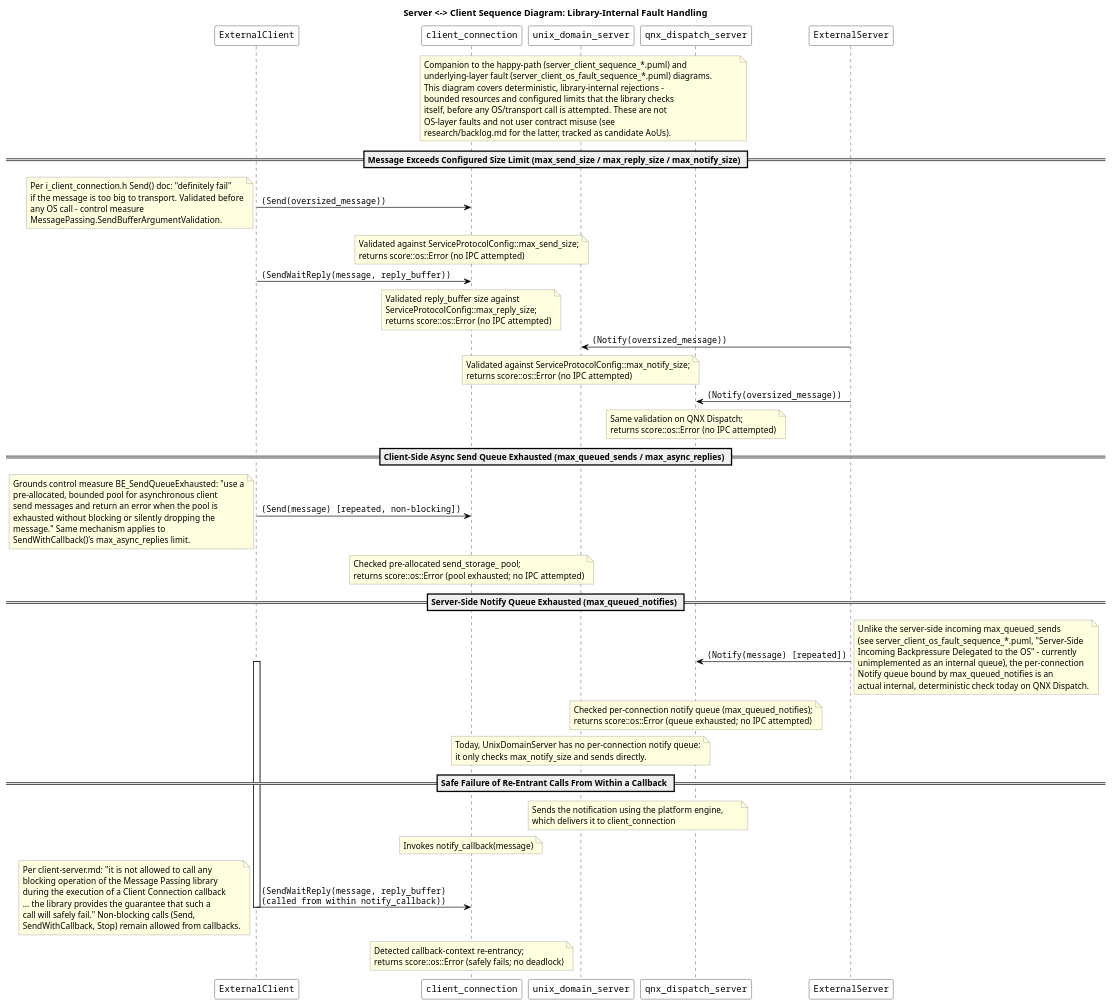
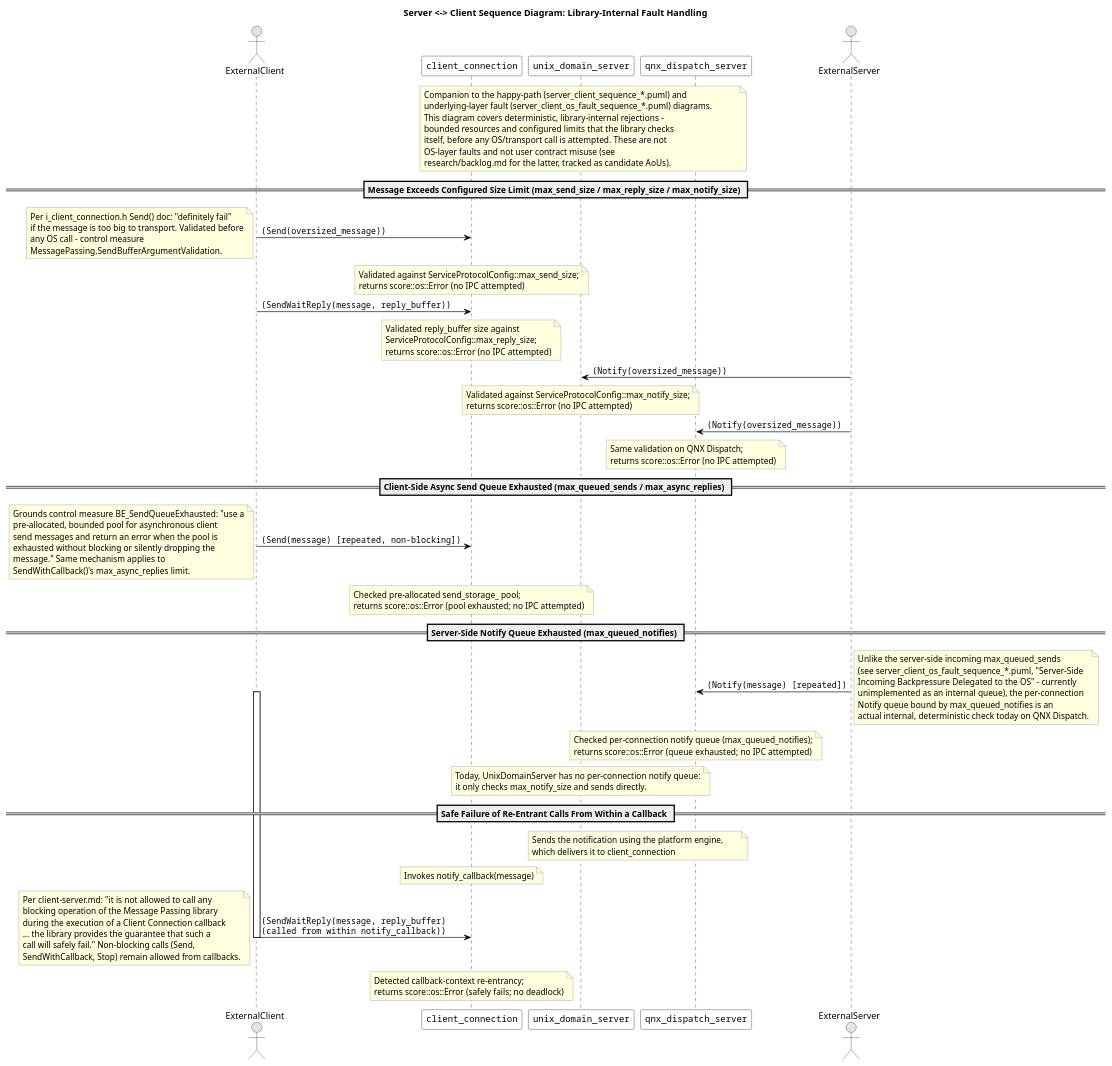
The diagram in score/message_passing/dependability/software_architectural_design/server_client_internal_fault_sequence.puml (eclipse-score/communication), drawn with PlantUML before and after one commit. The commit also changed 6 other files, not shown here.

Commit message:
message_passing: update sequence diagrams in preparation to tooling update

```diff
--- a/score/message_passing/dependability/software_architectural_design/server_client_internal_fault_sequence.puml
+++ b/score/message_passing/dependability/software_architectural_design/server_client_internal_fault_sequence.puml
@@ -14,77 +14,77 @@
 @startuml
 
 <style>
 .OS {
     LineThickness 5.0
 }
 </style>
 
 skinparam sequenceArrowColor Black
 skinparam sequenceParticipantBackgroundColor White
 skinparam sequenceParticipantBorderColor Black
 skinparam sequenceLifeLineBorderColor Black
 skinparam sequenceGroupBorderColor DarkGray
 skinparam sequenceGroupBodyBackgroundColor #FAFAFA
 skinparam NoteBackgroundColor LightYellow
 skinparam NoteBorderColor Gray
 skinparam NoteTextAlignment left
 skinparam ParticipantFontName Courier
 skinparam sequenceFontName Courier
 skinparam ArrowFontName Courier
 
 title Server <-> Client Sequence Diagram: Library-Internal Fault Handling
 
-participant "ExternalClient" as ExternalClient
+actor ExternalClient
 participant client_connection
 participant unix_domain_server
 participant qnx_dispatch_server
-participant "ExternalServer" as ExternalServer
+actor ExternalServer
 
 note over client_connection, qnx_dispatch_server : Companion to the happy-path (server_client_sequence_*.puml) and\nunderlying-layer fault (server_client_os_fault_sequence_*.puml) diagrams.\nThis diagram covers deterministic, library-internal rejections -\nbounded resources and configured limits that the library checks\nitself, before any OS/transport call is attempted. These are not\nOS-layer faults and not user contract misuse (see\nresearch/backlog.md for the latter, tracked as candidate AoUs).
 
 ' -----------------------------------------------------------------
 == Message Exceeds Configured Size Limit (max_send_size / max_reply_size / max_notify_size) ==
 ' -----------------------------------------------------------------
 
 ExternalClient -> client_connection : (Send(oversized_message))
 note over client_connection : Validated against ServiceProtocolConfig::max_send_size;\nreturns score::os::Error (no IPC attempted)
 note left : Per i_client_connection.h Send() doc: "definitely fail"\nif the message is too big to transport. Validated before\nany OS call - control measure\nMessagePassing.SendBufferArgumentValidation.
 
 ExternalClient -> client_connection : (SendWaitReply(message, reply_buffer))
 note over client_connection : Validated reply_buffer size against\nServiceProtocolConfig::max_reply_size;\nreturns score::os::Error (no IPC attempted)
 
 ExternalServer -> unix_domain_server : (Notify(oversized_message))
 note over unix_domain_server : Validated against ServiceProtocolConfig::max_notify_size;\nreturns score::os::Error (no IPC attempted)
 ExternalServer -> qnx_dispatch_server : (Notify(oversized_message))
 note over qnx_dispatch_server : Same validation on QNX Dispatch;\nreturns score::os::Error (no IPC attempted)
 
 ' -----------------------------------------------------------------
 == Client-Side Async Send Queue Exhausted (max_queued_sends / max_async_replies) ==
 ' -----------------------------------------------------------------
 
 ExternalClient -> client_connection : (Send(message) [repeated, non-blocking])
 note over client_connection : Checked pre-allocated send_storage_ pool;\nreturns score::os::Error (pool exhausted; no IPC attempted)
 note left : Grounds control measure BE_SendQueueExhausted: "use a\npre-allocated, bounded pool for asynchronous client\nsend messages and return an error when the pool is\nexhausted without blocking or silently dropping the\nmessage." Same mechanism applies to\nSendWithCallback()'s max_async_replies limit.
 
 ' -----------------------------------------------------------------
 == Server-Side Notify Queue Exhausted (max_queued_notifies) ==
 ' -----------------------------------------------------------------
 
 ExternalServer -> qnx_dispatch_server : (Notify(message) [repeated])
 note over qnx_dispatch_server : Checked per-connection notify queue (max_queued_notifies);\nreturns score::os::Error (queue exhausted; no IPC attempted)
 note over unix_domain_server : Today, UnixDomainServer has no per-connection notify queue:\nit only checks max_notify_size and sends directly.
 note right : Unlike the server-side incoming max_queued_sends\n(see server_client_os_fault_sequence_*.puml, "Server-Side\nIncoming Backpressure Delegated to the OS" - currently\nunimplemented as an internal queue), the per-connection\nNotify queue bound by max_queued_notifies is an\nactual internal, deterministic check today on QNX Dispatch.
 
 ' -----------------------------------------------------------------
 == Safe Failure of Re-Entrant Calls From Within a Callback ==
 ' -----------------------------------------------------------------
 
 note over unix_domain_server, qnx_dispatch_server : Sends the notification using the platform engine,\nwhich delivers it to client_connection
 note over client_connection : Invokes notify_callback(message)
 activate ExternalClient
 ExternalClient -> client_connection : (SendWaitReply(message, reply_buffer)\n(called from within notify_callback))
 note over client_connection : Detected callback-context re-entrancy;\nreturns score::os::Error (safely fails; no deadlock)
 deactivate ExternalClient
 note left : Per client-server.md: "it is not allowed to call any\nblocking operation of the Message Passing library\nduring the execution of a Client Connection callback\n... the library provides the guarantee that such a\ncall will safely fail." Non-blocking calls (Send,\nSendWithCallback, Stop) remain allowed from callbacks.
 
 @enduml
```
